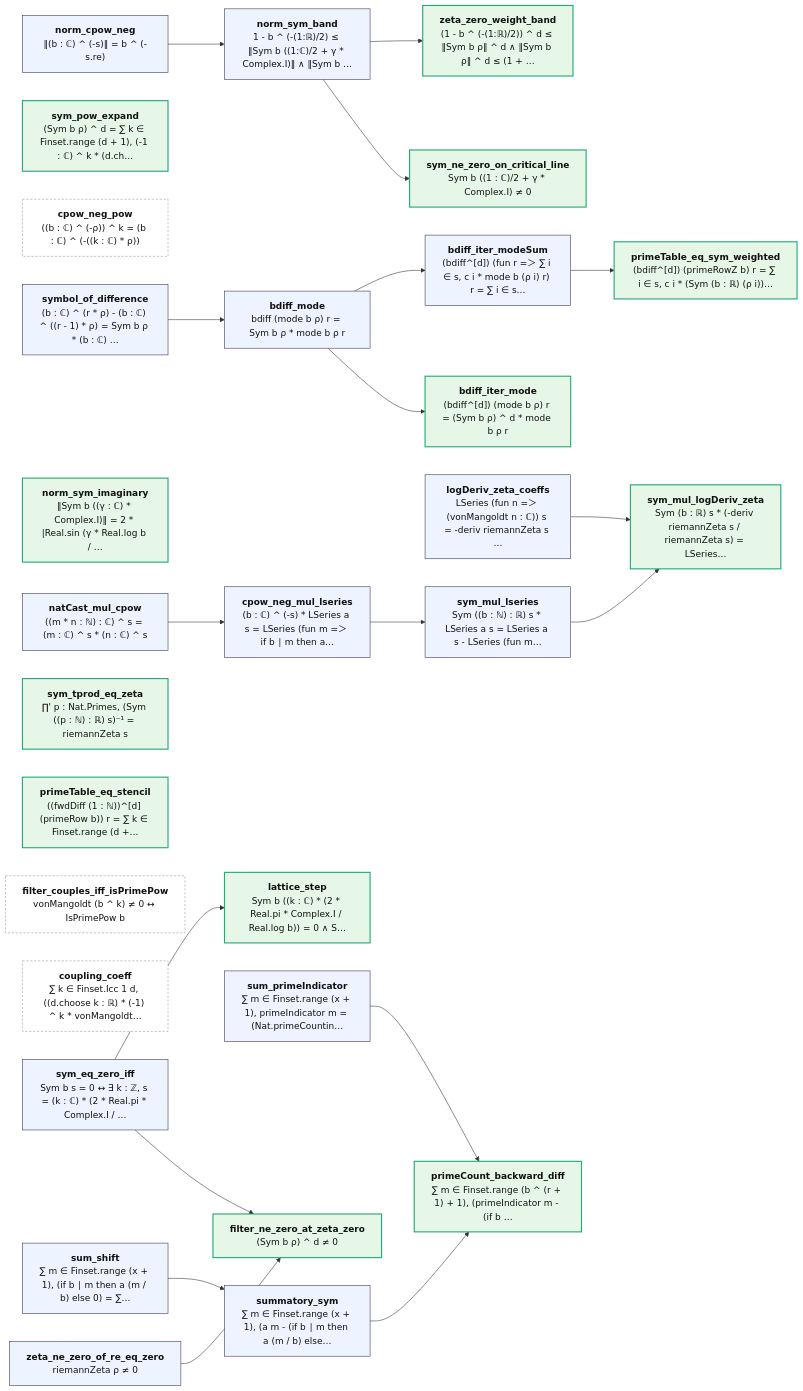
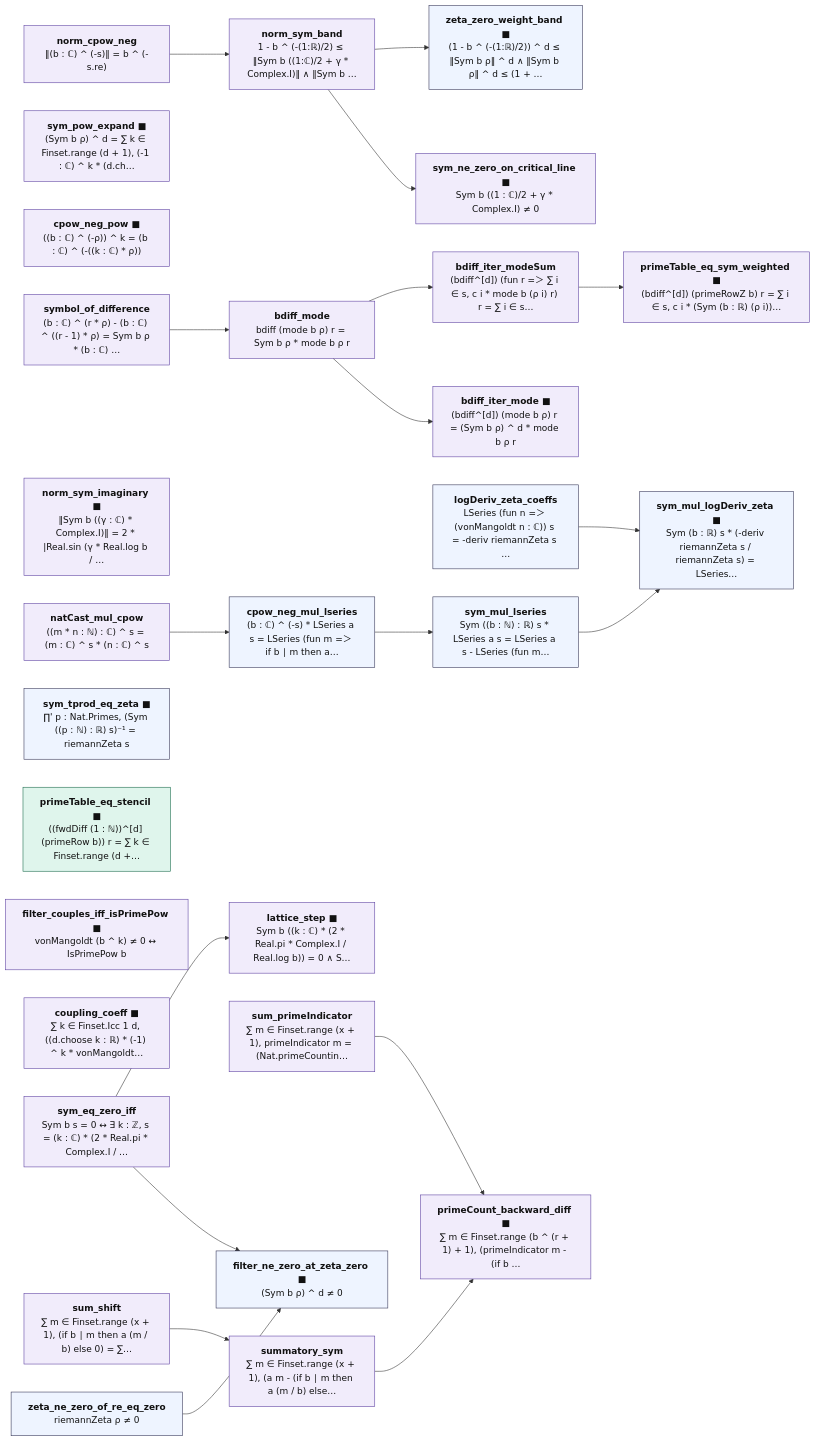
One commit to juliansambranojr/Primebeat_081426 changed the diagram in map/lean/Elephant.md. Above: the diagram before and after it, drawn with Mermaid. The commit also changed other lines of this file and 398 other files, not shown here.

First line of the commit message:
map: the table first. Three layers from Lean's record of each proof and everything beneath it: counting (integers only), shape (analysis, no zeta), reads zeta; map/TABLE.md lists every counting theorem; the Riemann hypothesis is drawn as one reading at the edge

````diff
--- a/map/lean/Elephant.md
+++ b/map/lean/Elephant.md
@@ -12,54 +12,57 @@
 ```mermaid
 flowchart LR
-  n0["<b>symbol_of_difference</b><br/>(b : ℂ) ^ (r * ρ) - (b : ℂ) ^ ((r - 1) * ρ) = Sym b ρ * (b : ℂ) …"]:::thm
-  n1["<b>sym_pow_expand</b><br/>(Sym b ρ) ^ d = ∑ k ∈ Finset.range (d + 1), (-1 : ℂ) ^ k * (d.ch…"]:::end_
-  n2["<b>cpow_neg_pow</b><br/>((b : ℂ) ^ (-ρ)) ^ k = (b : ℂ) ^ (-((k : ℂ) * ρ))"]:::lone
-  n3["<b>norm_cpow_neg</b><br/>‖(b : ℂ) ^ (-s)‖ = b ^ (-s.re)"]:::thm
-  n4["<b>norm_sym_band</b><br/>1 - b ^ (-(1:ℝ)/2) ≤ ‖Sym b ((1:ℂ)/2 + γ * Complex.I)‖ ∧ ‖Sym b …"]:::thm
-  n5["<b>norm_sym_imaginary</b><br/>‖Sym b ((γ : ℂ) * Complex.I)‖ = 2 * |Real.sin (γ * Real.log b / …"]:::end_
-  n6["<b>sym_eq_zero_iff</b><br/>Sym b s = 0 ↔ ∃ k : ℤ, s = (k : ℂ) * (2 * Real.pi * Complex.I / …"]:::thm
-  n7["<b>lattice_step</b><br/>Sym b ((k : ℂ) * (2 * Real.pi * Complex.I / Real.log b)) = 0 ∧ S…"]:::end_
-  n8["<b>sym_tprod_eq_zeta</b><br/>∏' p : Nat.Primes, (Sym ((p : ℕ) : ℝ) s)⁻¹ = riemannZeta s"]:::end_
-  n9["<b>primeTable_eq_stencil</b><br/>((fwdDiff (1 : ℕ))^[d] (primeRow b)) r = ∑ k ∈ Finset.range (d +…"]:::end_
-  n10["<b>sym_ne_zero_on_critical_line</b><br/>Sym b ((1 : ℂ)/2 + γ * Complex.I) ≠ 0"]:::end_
-  n11["<b>zeta_zero_weight_band</b><br/>(1 - b ^ (-(1:ℝ)/2)) ^ d ≤ ‖Sym b ρ‖ ^ d ∧ ‖Sym b ρ‖ ^ d ≤ (1 + …"]:::end_
-  n12["<b>bdiff_mode</b><br/>bdiff (mode b ρ) r = Sym b ρ * mode b ρ r"]:::thm
-  n13["<b>bdiff_iter_mode</b><br/>(bdiff^[d]) (mode b ρ) r = (Sym b ρ) ^ d * mode b ρ r"]:::end_
-  n14["<b>bdiff_iter_modeSum</b><br/>(bdiff^[d]) (fun r =＞ ∑ i ∈ s, c i * mode b (ρ i) r) r = ∑ i ∈ s…"]:::thm
-  n15["<b>primeTable_eq_sym_weighted</b><br/>(bdiff^[d]) (primeRowZ b) r = ∑ i ∈ s, c i * (Sym (b : ℝ) (ρ i))…"]:::end_
+  n0["<b>symbol_of_difference</b><br/>(b : ℂ) ^ (r * ρ) - (b : ℂ) ^ ((r - 1) * ρ) = Sym b ρ * (b : ℂ) …"]:::shp
+  n1["<b>sym_pow_expand ■</b><br/>(Sym b ρ) ^ d = ∑ k ∈ Finset.range (d + 1), (-1 : ℂ) ^ k * (d.ch…"]:::shp
+  n2["<b>cpow_neg_pow ■</b><br/>((b : ℂ) ^ (-ρ)) ^ k = (b : ℂ) ^ (-((k : ℂ) * ρ))"]:::shp
+  n3["<b>norm_cpow_neg</b><br/>‖(b : ℂ) ^ (-s)‖ = b ^ (-s.re)"]:::shp
+  n4["<b>norm_sym_band</b><br/>1 - b ^ (-(1:ℝ)/2) ≤ ‖Sym b ((1:ℂ)/2 + γ * Complex.I)‖ ∧ ‖Sym b …"]:::shp
+  n5["<b>norm_sym_imaginary ■</b><br/>‖Sym b ((γ : ℂ) * Complex.I)‖ = 2 * |Real.sin (γ * Real.log b / …"]:::shp
+  n6["<b>sym_eq_zero_iff</b><br/>Sym b s = 0 ↔ ∃ k : ℤ, s = (k : ℂ) * (2 * Real.pi * Complex.I / …"]:::shp
+  n7["<b>lattice_step ■</b><br/>Sym b ((k : ℂ) * (2 * Real.pi * Complex.I / Real.log b)) = 0 ∧ S…"]:::shp
+  n8["<b>sym_tprod_eq_zeta ■</b><br/>∏' p : Nat.Primes, (Sym ((p : ℕ) : ℝ) s)⁻¹ = riemannZeta s"]:::thm
+  n9["<b>primeTable_eq_stencil ■</b><br/>((fwdDiff (1 : ℕ))^[d] (primeRow b)) r = ∑ k ∈ Finset.range (d +…"]:::cnt
+  n10["<b>sym_ne_zero_on_critical_line ■</b><br/>Sym b ((1 : ℂ)/2 + γ * Complex.I) ≠ 0"]:::shp
+  n11["<b>zeta_zero_weight_band ■</b><br/>(1 - b ^ (-(1:ℝ)/2)) ^ d ≤ ‖Sym b ρ‖ ^ d ∧ ‖Sym b ρ‖ ^ d ≤ (1 + …"]:::thm
+  n12["<b>bdiff_mode</b><br/>bdiff (mode b ρ) r = Sym b ρ * mode b ρ r"]:::shp
+  n13["<b>bdiff_iter_mode ■</b><br/>(bdiff^[d]) (mode b ρ) r = (Sym b ρ) ^ d * mode b ρ r"]:::shp
+  n14["<b>bdiff_iter_modeSum</b><br/>(bdiff^[d]) (fun r =＞ ∑ i ∈ s, c i * mode b (ρ i) r) r = ∑ i ∈ s…"]:::shp
+  n15["<b>primeTable_eq_sym_weighted ■</b><br/>(bdiff^[d]) (primeRowZ b) r = ∑ i ∈ s, c i * (Sym (b : ℝ) (ρ i))…"]:::shp
   n16["<b>logDeriv_zeta_coeffs</b><br/>LSeries (fun n =＞ (vonMangoldt n : ℂ)) s = -deriv riemannZeta s …"]:::thm
-  n17["<b>filter_couples_iff_isPrimePow</b><br/>vonMangoldt (b ^ k) ≠ 0 ↔ IsPrimePow b"]:::lone
-  n18["<b>coupling_coeff</b><br/>∑ k ∈ Finset.Icc 1 d, ((d.choose k : ℝ) * (-1) ^ k * vonMangoldt…"]:::lone
-  n19["<b>natCast_mul_cpow</b><br/>((m * n : ℕ) : ℂ) ^ s = (m : ℂ) ^ s * (n : ℂ) ^ s"]:::thm
+  n17["<b>filter_couples_iff_isPrimePow ■</b><br/>vonMangoldt (b ^ k) ≠ 0 ↔ IsPrimePow b"]:::shp
+  n18["<b>coupling_coeff ■</b><br/>∑ k ∈ Finset.Icc 1 d, ((d.choose k : ℝ) * (-1) ^ k * vonMangoldt…"]:::shp
+  n19["<b>natCast_mul_cpow</b><br/>((m * n : ℕ) : ℂ) ^ s = (m : ℂ) ^ s * (n : ℂ) ^ s"]:::shp
   n20["<b>cpow_neg_mul_lseries</b><br/>(b : ℂ) ^ (-s) * LSeries a s = LSeries (fun m =＞ if b ∣ m then a…"]:::thm
   n21["<b>sym_mul_lseries</b><br/>Sym ((b : ℕ) : ℝ) s * LSeries a s = LSeries a s - LSeries (fun m…"]:::thm
-  n22["<b>sym_mul_logDeriv_zeta</b><br/>Sym (b : ℝ) s * (-deriv riemannZeta s / riemannZeta s) = LSeries…"]:::end_
-  n23["<b>sum_primeIndicator</b><br/>∑ m ∈ Finset.range (x + 1), primeIndicator m = (Nat.primeCountin…"]:::thm
-  n24["<b>sum_shift</b><br/>∑ m ∈ Finset.range (x + 1), (if b ∣ m then a (m / b) else 0) = ∑…"]:::thm
-  n25["<b>summatory_sym</b><br/>∑ m ∈ Finset.range (x + 1), (a m - (if b ∣ m then a (m / b) else…"]:::thm
-  n26["<b>primeCount_backward_diff</b><br/>∑ m ∈ Finset.range (b ^ (r + 1) + 1), (primeIndicator m - (if b …"]:::end_
+  n22["<b>sym_mul_logDeriv_zeta ■</b><br/>Sym (b : ℝ) s * (-deriv riemannZeta s / riemannZeta s) = LSeries…"]:::thm
+  n23["<b>sum_primeIndicator</b><br/>∑ m ∈ Finset.range (x + 1), primeIndicator m = (Nat.primeCountin…"]:::shp
+  n24["<b>sum_shift</b><br/>∑ m ∈ Finset.range (x + 1), (if b ∣ m then a (m / b) else 0) = ∑…"]:::shp
+  n25["<b>summatory_sym</b><br/>∑ m ∈ Finset.range (x + 1), (a m - (if b ∣ m then a (m / b) else…"]:::shp
+  n26["<b>primeCount_backward_diff ■</b><br/>∑ m ∈ Finset.range (b ^ (r + 1) + 1), (primeIndicator m - (if b …"]:::shp
   n27["<b>zeta_ne_zero_of_re_eq_zero</b><br/>riemannZeta ρ ≠ 0"]:::thm
-  n28["<b>filter_ne_zero_at_zeta_zero</b><br/>(Sym b ρ) ^ d ≠ 0"]:::end_
+  n28["<b>filter_ne_zero_at_zeta_zero ■</b><br/>(Sym b ρ) ^ d ≠ 0"]:::thm
   n0 --> n12
   n12 --> n13
   n12 --> n14
   n14 --> n15
   n16 --> n22
   n19 --> n20
   n20 --> n21
   n21 --> n22
   n23 --> n26
   n24 --> n25
   n25 --> n26
   n27 --> n28
   n3 --> n4
   n4 --> n10
   n4 --> n11
   n6 --> n28
   n6 --> n7
+  classDef cnt fill:#dff5ec,stroke:#17694a,color:#111
+  classDef shp fill:#f1ecfb,stroke:#5b3fa0,color:#111
+  classDef rh fill:#ffe5e5,stroke:#c22,color:#111,stroke-width:2px
   classDef thm fill:#eef4ff,stroke:#335,color:#111
   classDef end_ fill:#e7f7e7,stroke:#2a7,color:#111,stroke-width:2px
   classDef lone fill:#fff,stroke:#999,color:#111,stroke-dasharray:4 3
   classDef bad fill:#ffe5e5,stroke:#c22,color:#111,stroke-width:2px
   classDef ext fill:#fff8e1,stroke:#b80,color:#111
 ```
````
